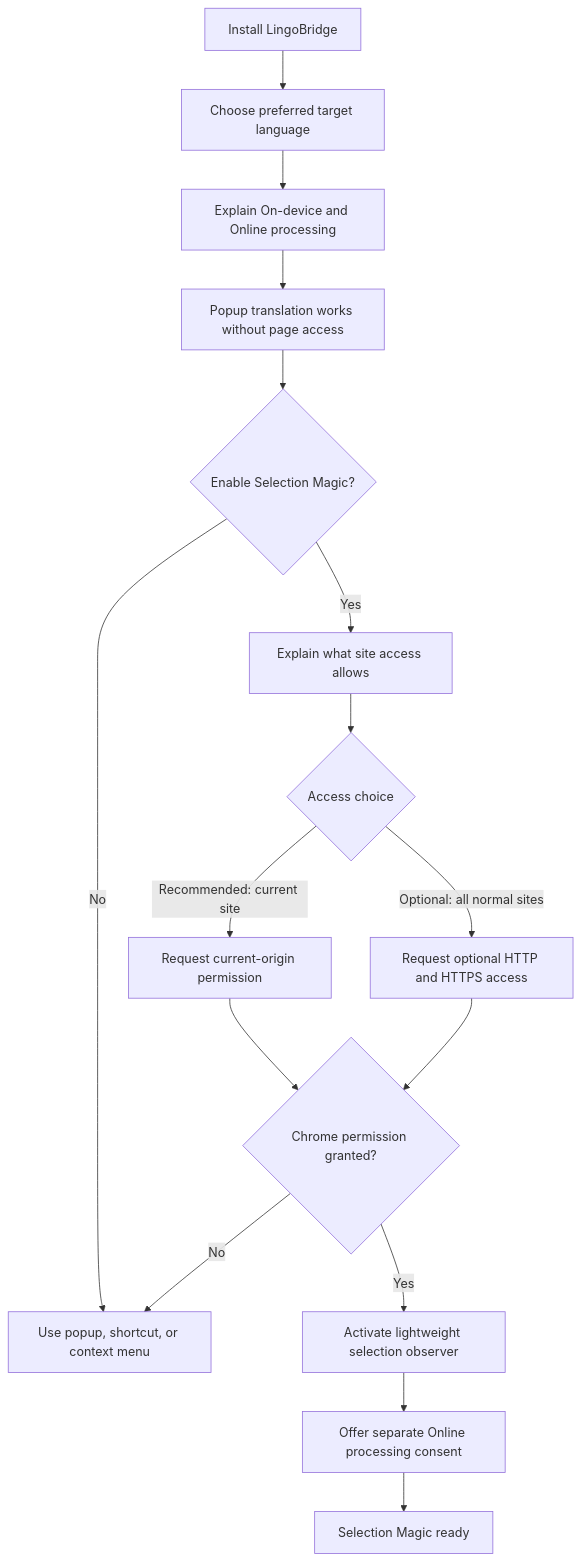
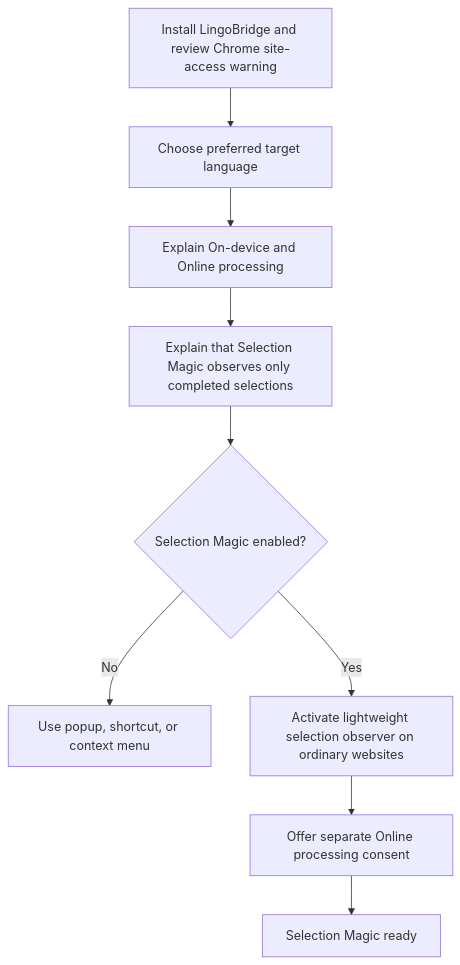
One commit to budhathoki10/LingoBridge changed the second of 10 diagrams in docs/12-user-and-system-flows.md. Above: the diagram before and after it, drawn with Mermaid. The commit also changed other lines of this file and 17 other files, not shown here.

Commit message:
feat: enable Selection Magic across websites

````diff
--- a/docs/12-user-and-system-flows.md
+++ b/docs/12-user-and-system-flows.md
@@ -48,18 +48,11 @@
 ```mermaid
 flowchart TD
-    A[Install LingoBridge] --> B[Choose preferred target language]
+    A[Install LingoBridge and review Chrome site-access warning] --> B[Choose preferred target language]
     B --> C[Explain On-device and Online processing]
-    C --> D[Popup translation works without page access]
-    D --> E{Enable Selection Magic?}
+    C --> D[Explain that Selection Magic observes only completed selections]
+    D --> E{Selection Magic enabled?}
     E -- No --> F[Use popup, shortcut, or context menu]
-    E -- Yes --> G[Explain what site access allows]
-    G --> H{Access choice}
-    H -- Recommended: current site --> I[Request current-origin permission]
-    H -- Optional: all normal sites --> J[Request optional HTTP and HTTPS access]
-    I --> K{Chrome permission granted?}
-    J --> K
-    K -- No --> F
-    K -- Yes --> L[Activate lightweight selection observer]
+    E -- Yes --> L[Activate lightweight selection observer on ordinary websites]
     L --> M[Offer separate Online processing consent]
     M --> N[Selection Magic ready]
 ```
````
